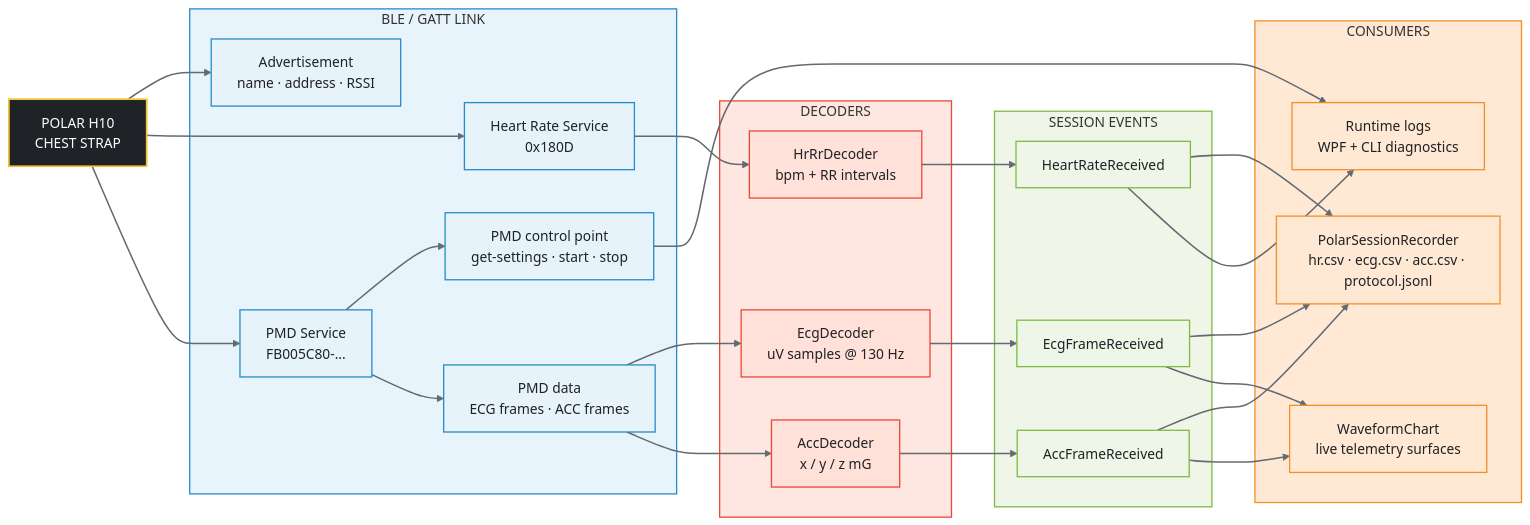
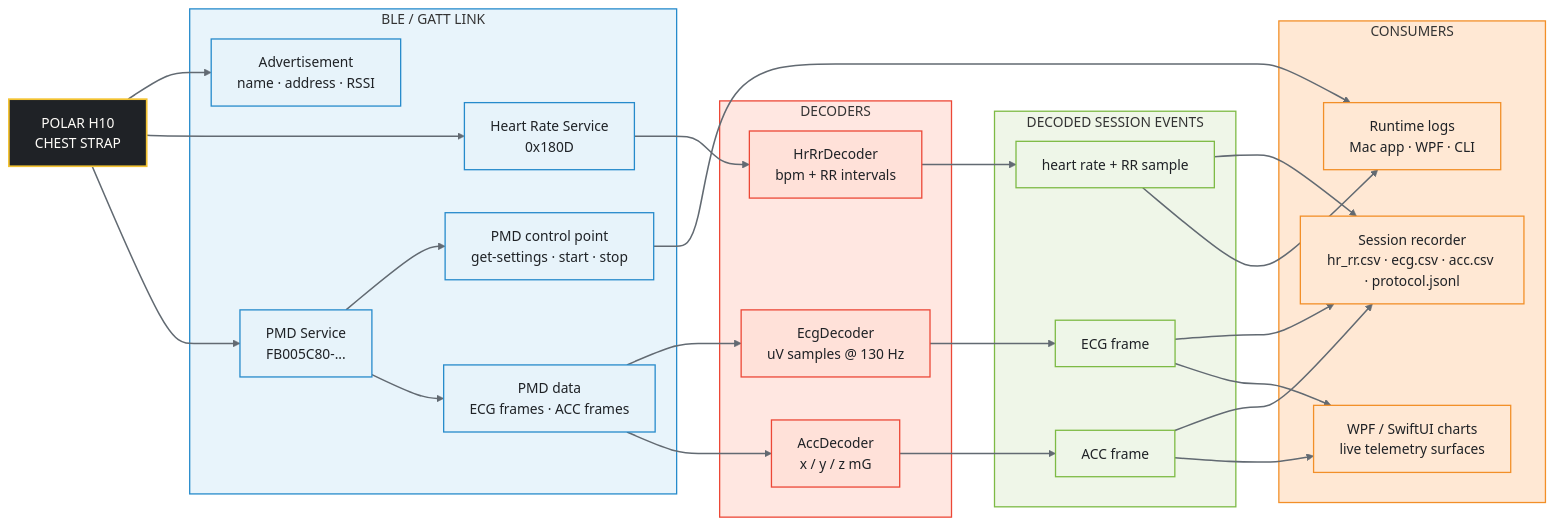
Before and after one commit to MesmerPrism/PolarH10: the third of 3 diagrams in README.md, drawn with Mermaid. The commit also changed other lines of this file and 38 other files, not shown here.

Commit message:
Add native macOS app and release

````diff
--- a/README.md
+++ b/README.md
@@ -473,65 +537,65 @@
 ```mermaid
 flowchart LR
     H10["POLAR H10<br/>CHEST STRAP"]
 
     subgraph Link["BLE / GATT LINK"]
         ADV["Advertisement<br/>name · address · RSSI"]
         HRS["Heart Rate Service<br/>0x180D"]
         PMD["PMD Service<br/>FB005C80-..."]
         CTRL["PMD control point<br/>get-settings · start · stop"]
         DATA["PMD data<br/>ECG frames · ACC frames"]
     end
 
     subgraph Decode["DECODERS"]
         DHR["HrRrDecoder<br/>bpm + RR intervals"]
         DECG["EcgDecoder<br/>uV samples @ 130 Hz"]
         DACC["AccDecoder<br/>x / y / z mG"]
     end
 
-    subgraph Session["SESSION EVENTS"]
-        SHR["HeartRateReceived"]
-        SECG["EcgFrameReceived"]
-        SACC["AccFrameReceived"]
+    subgraph Session["DECODED SESSION EVENTS"]
+        SHR["heart rate + RR sample"]
+        SECG["ECG frame"]
+        SACC["ACC frame"]
     end
 
     subgraph Output["CONSUMERS"]
-        REC["PolarSessionRecorder<br/>hr.csv · ecg.csv · acc.csv · protocol.jsonl"]
-        CHART["WaveformChart<br/>live telemetry surfaces"]
-        LOG["Runtime logs<br/>WPF + CLI diagnostics"]
+        REC["Session recorder<br/>hr_rr.csv · ecg.csv · acc.csv · protocol.jsonl"]
+        CHART["WPF / SwiftUI charts<br/>live telemetry surfaces"]
+        LOG["Runtime logs<br/>Mac app · WPF · CLI"]
     end
 
     H10 --> ADV
     H10 --> HRS
     H10 --> PMD
     PMD --> CTRL
     PMD --> DATA
 
     HRS --> DHR --> SHR
     DATA --> DECG --> SECG
     DATA --> DACC --> SACC
 
     SHR --> REC
     SECG --> REC
     SACC --> REC
     SHR --> LOG
     SECG --> CHART
     SACC --> CHART
     CTRL --> LOG
 
     style Link fill:#E8F4FB,stroke:#258ACB,stroke-width:1.5px;
     style Decode fill:#FFE7E1,stroke:#EC4736,stroke-width:1.5px;
     style Session fill:#EFF6E8,stroke:#7DBA44,stroke-width:1.5px;
     style Output fill:#FFE8D4,stroke:#F28F28,stroke-width:1.5px;
 
     classDef hardware fill:#1F2226,stroke:#F3C333,color:#FFFDF9,stroke-width:2px;
     classDef link fill:#E7F3FA,stroke:#258ACB,color:#1F2226,stroke-width:1.5px;
     classDef decode fill:#FFE1D9,stroke:#EC4736,color:#1F2226,stroke-width:1.5px;
     classDef session fill:#EEF6E8,stroke:#7DBA44,color:#1F2226,stroke-width:1.5px;
     classDef output fill:#FFE8D4,stroke:#F28F28,color:#1F2226,stroke-width:1.5px;
     class H10 hardware;
     class ADV,HRS,PMD,CTRL,DATA link;
     class DHR,DECG,DACC decode;
     class SHR,SECG,SACC session;
     class REC,CHART,LOG output;
     linkStyle default stroke:#626A72,stroke-width:1.8px;
 ```
````
